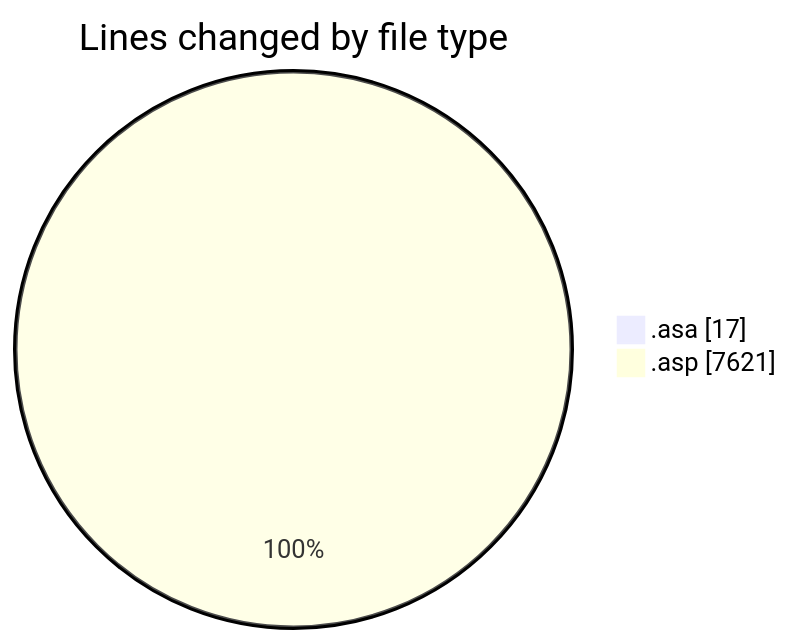
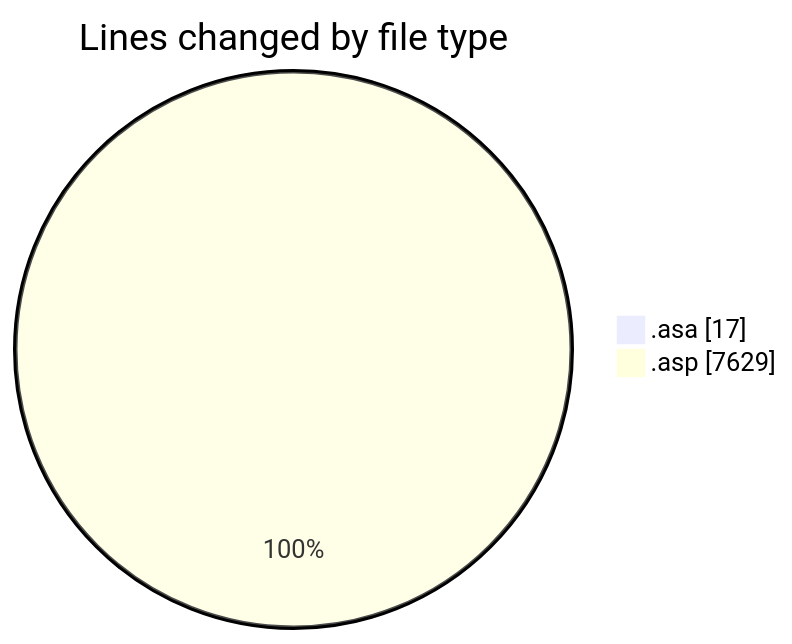
The first of 2 diagrams in 2025-11-06/usr_aleoudev_fr__workspace_/README.md (julien-gomy/code-tracking), drawn with Mermaid before and after one commit. The commit also changed other lines of this file and 1 other file, not shown here.

````diff
--- a/2025-11-06/usr_aleoudev_fr__workspace_/README.md
+++ b/2025-11-06/usr_aleoudev_fr__workspace_/README.md
@@ -24,6 +24,6 @@
 ```mermaid
 pie showData
 title Lines changed by file type
 ".asa" : 17
-".asp" : 7621
+".asp" : 7629
 ```
````
